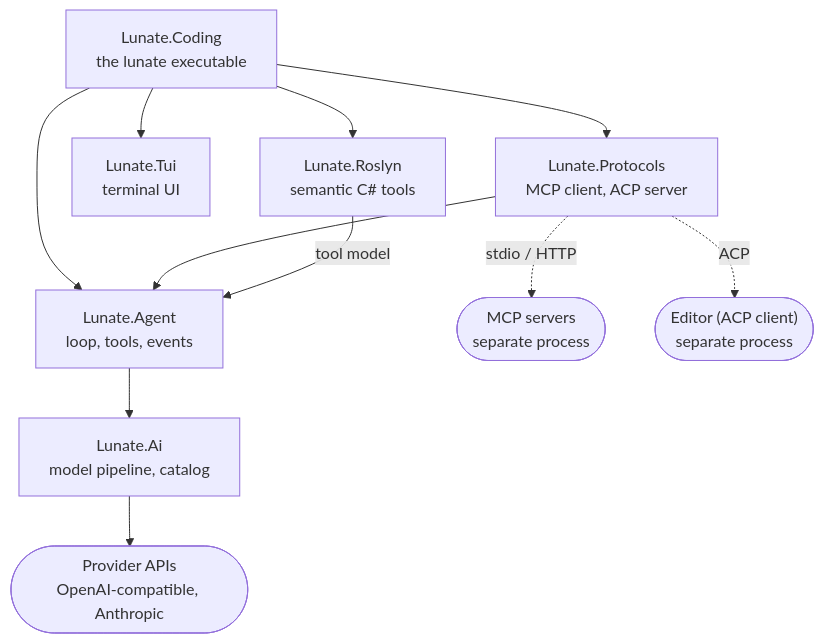
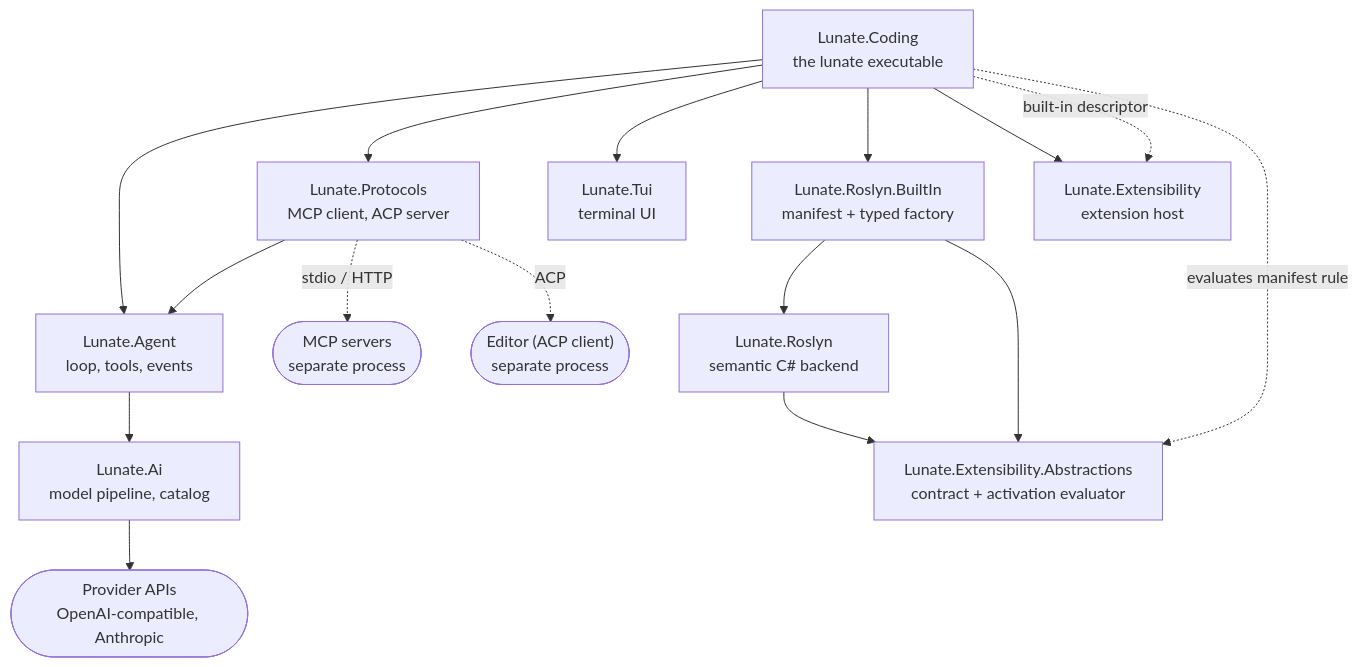
One commit to wdaniel1993/lunate changed the first of 4 diagrams in docs/architecture.md. Above: the diagram before and after it, drawn with Mermaid. The commit also changed other lines of this file and 4 other files, not shown here.

Commit message:
docs(coding): document the Roslyn built-in migration

````diff
--- a/docs/architecture.md
+++ b/docs/architecture.md
@@ -7,13 +7,18 @@
 ```mermaid
 flowchart TD
     Coding["Lunate.Coding<br/>the lunate executable"] --> Agent["Lunate.Agent<br/>loop, tools, events"]
     Coding --> Protocols["Lunate.Protocols<br/>MCP client, ACP server"]
     Coding --> Tui["Lunate.Tui<br/>terminal UI"]
+    Coding --> RoslynBuiltIn["Lunate.Roslyn.BuiltIn<br/>manifest + typed factory"]
+    Coding --> ExtHost["Lunate.Extensibility<br/>extension host"]
+    Coding -. "built-in descriptor" .-> ExtHost
+    RoslynBuiltIn --> Roslyn["Lunate.Roslyn<br/>semantic C# backend"]
+    RoslynBuiltIn --> ExtApi["Lunate.Extensibility.Abstractions<br/>contract + activation evaluator"]
+    Roslyn --> ExtApi
+    Coding -. "evaluates manifest rule" .-> ExtApi
     Protocols --> Agent
     Agent --> Ai["Lunate.Ai<br/>model pipeline, catalog"]
-    Coding --> Roslyn["Lunate.Roslyn<br/>semantic C# tools"]
-    Roslyn -->|"tool model"| Agent
     Ai --> Providers(["Provider APIs<br/>OpenAI-compatible, Anthropic"])
     Protocols -. "stdio / HTTP" .-> Mcp(["MCP servers<br/>separate process"])
     Protocols -. "ACP" .-> Editor(["Editor (ACP client)<br/>separate process"])
 ```
````
